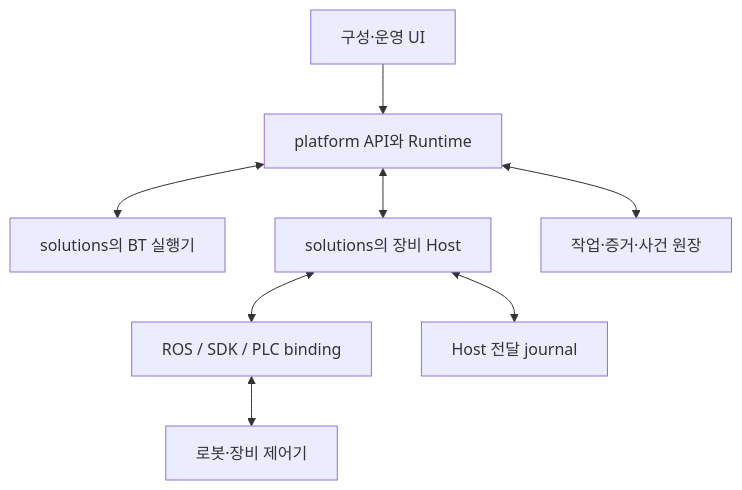
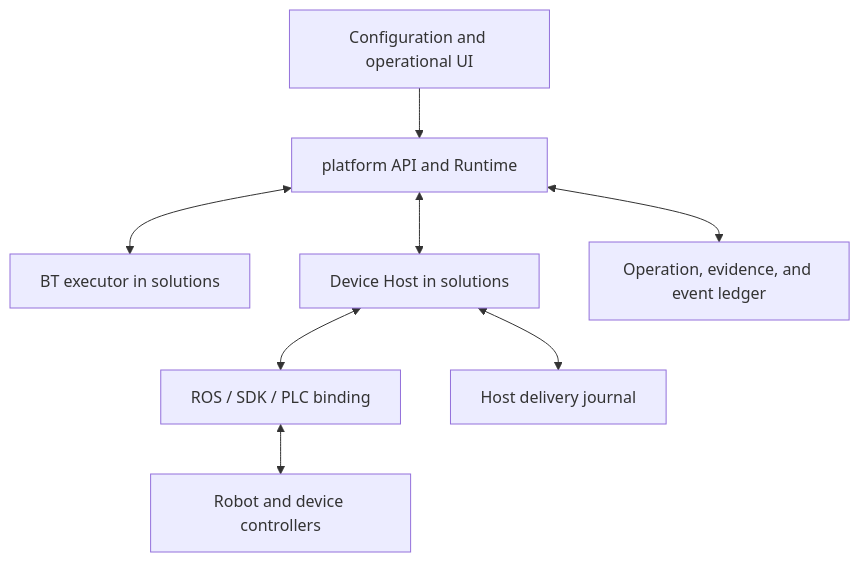
Before and after one commit to jack0682/rx-platform: the diagram in spec/contracts/v1.0/01_responsibility_and_semantics.md, drawn with Mermaid. The commit also changed other lines of this file and 103 other files, not shown here.

````diff
--- a/spec/contracts/v1.0/01_responsibility_and_semantics.md
+++ b/spec/contracts/v1.0/01_responsibility_and_semantics.md
@@ -18,10 +18,10 @@
 ```mermaid
 flowchart TB
-  U[구성·운영 UI] --> P[platform API와 Runtime]
-  P <--> E[solutions의 BT 실행기]
-  P <--> H[solutions의 장비 Host]
-  P <--> J[작업·증거·사건 원장]
+  U[Configuration and operational UI] --> P[platform API and Runtime]
+  P <--> E[BT executor in solutions]
+  P <--> H[Device Host in solutions]
+  P <--> J[Operation, evidence, and event ledger]
   H <--> R[ROS / SDK / PLC binding]
-  R <--> D[로봇·장비 제어기]
-  H <--> I[Host 전달 journal]
+  R <--> D[Robot and device controllers]
+  H <--> I[Host delivery journal]
 ```
````
